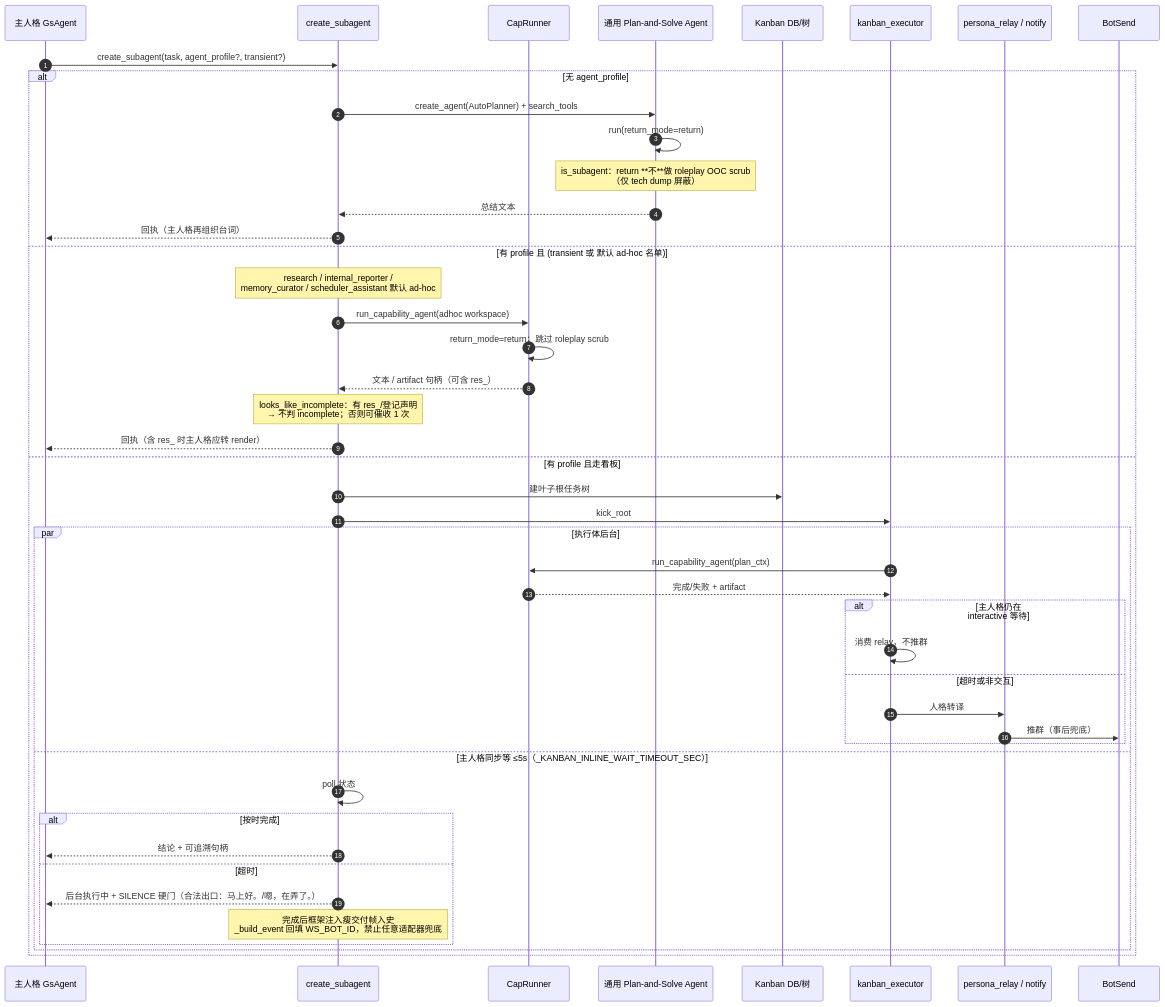
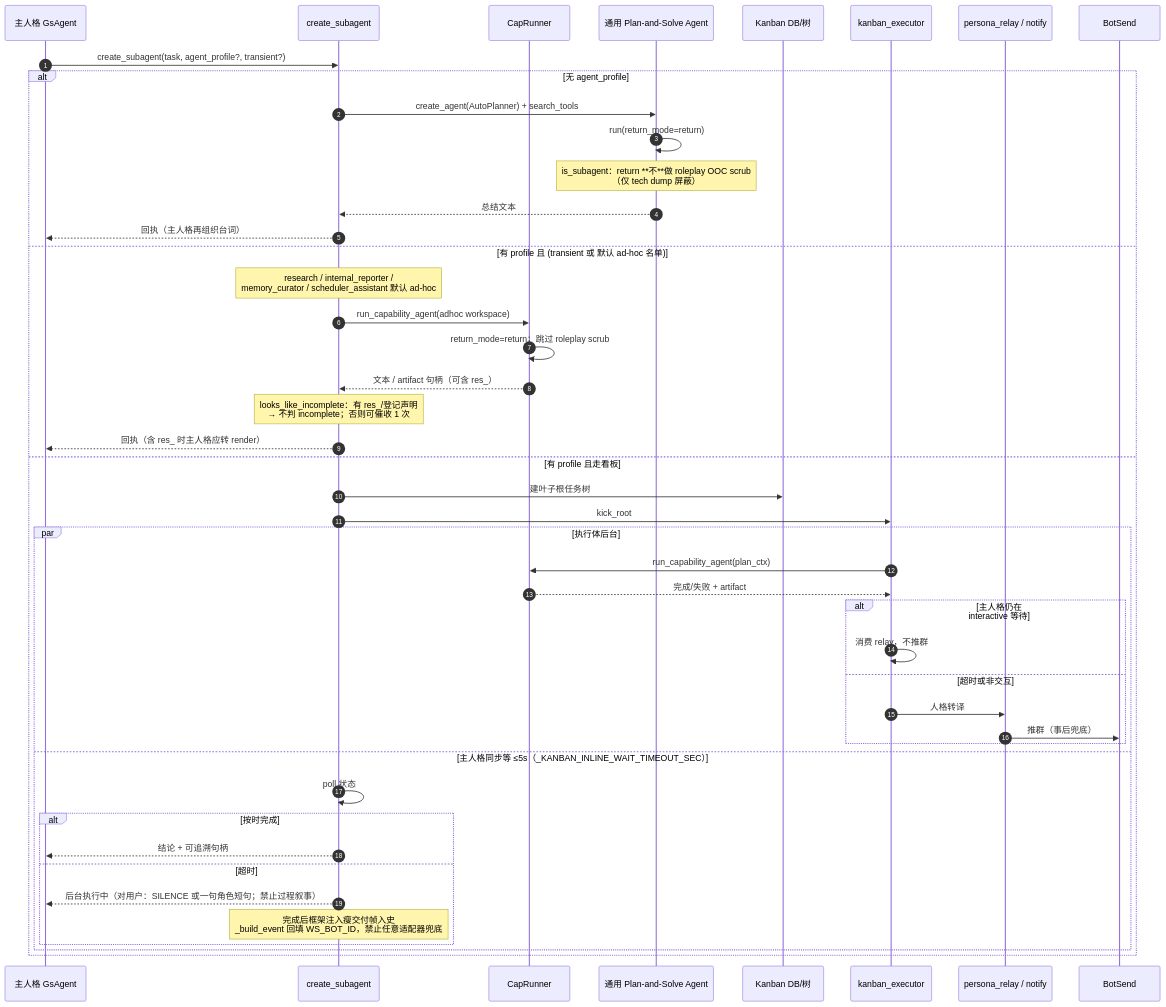
The seventh of 10 diagrams in docs/AI_AGENT_LIFECYCLE_SEQUENCE.md (Genshin-bots/gsuid_core), drawn with Mermaid before and after one commit. The commit also changed other lines of this file and 5 other files, not shown here.

````diff
--- a/docs/AI_AGENT_LIFECYCLE_SEQUENCE.md
+++ b/docs/AI_AGENT_LIFECYCLE_SEQUENCE.md
@@ -590,50 +590,50 @@
 ```mermaid
 sequenceDiagram
     autonumber
     participant GsAgent as 主人格 GsAgent
     participant SubTool as create_subagent
     participant Cap as CapRunner
     participant Plan as 通用 Plan-and-Solve Agent
     participant Kanban as Kanban DB/树
     participant Exec as kanban_executor
     participant Relay as persona_relay / notify
     participant BotSend
 
     GsAgent->>SubTool: create_subagent(task, agent_profile?, transient?)
 
     alt 无 agent_profile
         SubTool->>Plan: create_agent(AutoPlanner) + search_tools
         Plan->>Plan: run(return_mode=return)
         Note over Plan: is_subagent：return **不**做 roleplay OOC scrub<br/>（仅 tech dump 屏蔽）
         Plan-->>SubTool: 总结文本
         SubTool-->>GsAgent: 回执（主人格再组织台词）
     else 有 profile 且 (transient 或 默认 ad-hoc 名单)
         Note over SubTool: research / internal_reporter /<br/>memory_curator / scheduler_assistant 默认 ad-hoc
         SubTool->>Cap: run_capability_agent(adhoc workspace)
         Cap->>Cap: return_mode=return；跳过 roleplay scrub
         Cap-->>SubTool: 文本 / artifact 句柄（可含 res_）
         Note over SubTool: looks_like_incomplete：有 res_/登记声明<br/>→ 不判 incomplete；否则可催收 1 次
         SubTool-->>GsAgent: 回执（含 res_ 时主人格应转 render）
     else 有 profile 且走看板
         SubTool->>Kanban: 建叶子根任务树
         SubTool->>Exec: kick_root
         par 执行体后台
             Exec->>Cap: run_capability_agent(plan_ctx)
             Cap-->>Exec: 完成/失败 + artifact
             alt 主人格仍在 interactive 等待
                 Exec->>Exec: 消费 relay，不推群
             else 超时或非交互
                 Exec->>Relay: 人格转译
                 Relay->>BotSend: 推群（事后兜底）
             end
         and 主人格同步等 ≤5s（_KANBAN_INLINE_WAIT_TIMEOUT_SEC）
             SubTool->>SubTool: poll 状态
             alt 按时完成
                 SubTool-->>GsAgent: 结论 + 可追溯句柄
             else 超时
-                SubTool-->>GsAgent: 后台执行中 + SILENCE 硬门（合法出口：马上好。/嗯，在弄了。）
+                SubTool-->>GsAgent: 后台执行中（对用户：SILENCE 或一句角色短句；禁止过程叙事）
                 Note over SubTool: 完成后框架注入瘦交付帧入史<br/>_build_event 回填 WS_BOT_ID，禁止任意适配器兜底
             end
         end
     end
 ```
````
